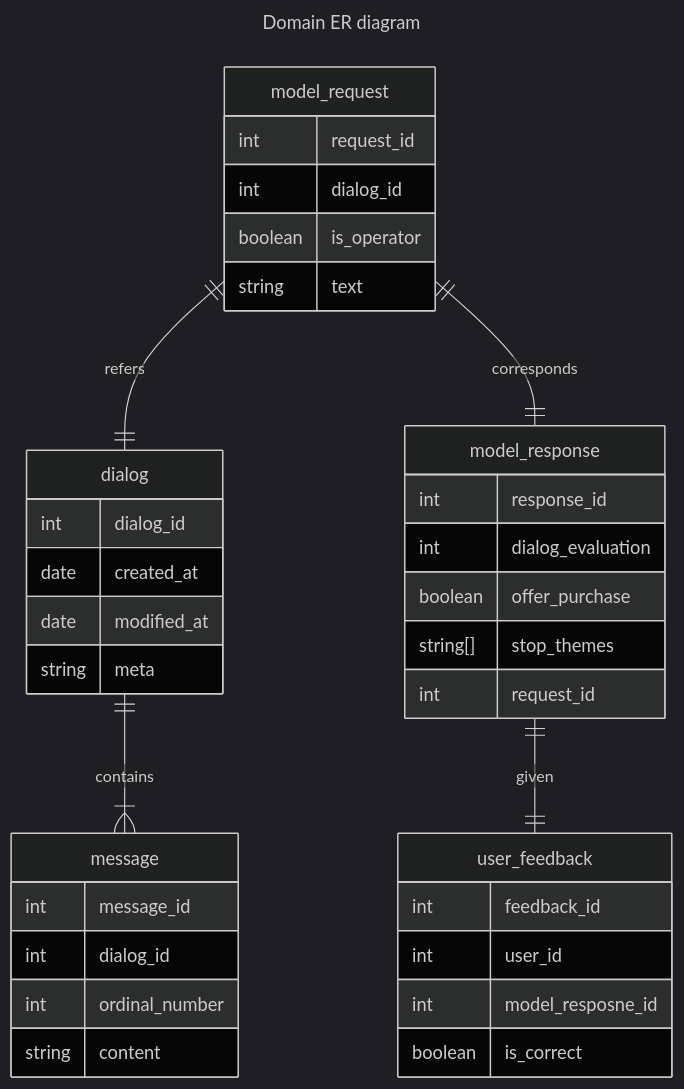
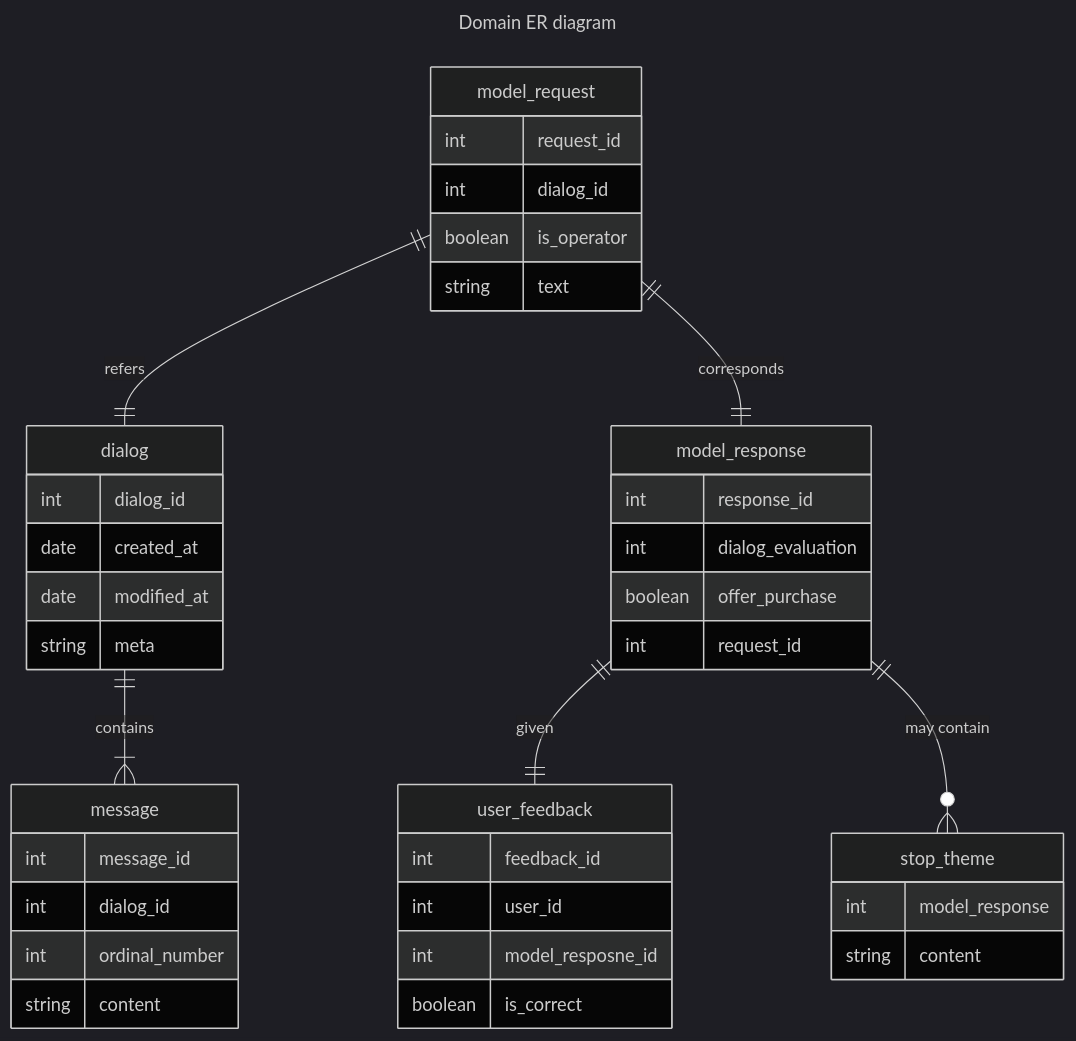
Before and after one commit to banzai-team/marketing_bot: the second of 2 diagrams in README.md, drawn with Mermaid (dark theme).

Commit message:
update er diagram

````diff
--- a/README.md
+++ b/README.md
@@ -55,47 +55,52 @@
 ```mermaid
 ---
 title: Domain ER diagram 
 ---
 erDiagram
 
 dialog {
     int dialog_id
     date created_at
     date modified_at
     string meta
 }
 
 message {
     int message_id
     int dialog_id
     int ordinal_number
     string content
 }
 
 user_feedback {
     int feedback_id
     int user_id
     int model_resposne_id
     boolean is_correct
 }
 
 model_request {
     int request_id
     int dialog_id
     boolean is_operator
     string text
 }
 
 model_response {
     int response_id
     int dialog_evaluation
     boolean offer_purchase
-    string[] stop_themes
     int request_id
+}
+
+stop_theme {
+    int model_response
+    string content
 }
 
 dialog ||--|{ message: contains
 model_response ||--|| user_feedback: given
 model_request ||--|| dialog: refers
 model_request ||--|| model_response: corresponds
+model_response ||--o{ stop_theme: "may contain"
 ```
````
